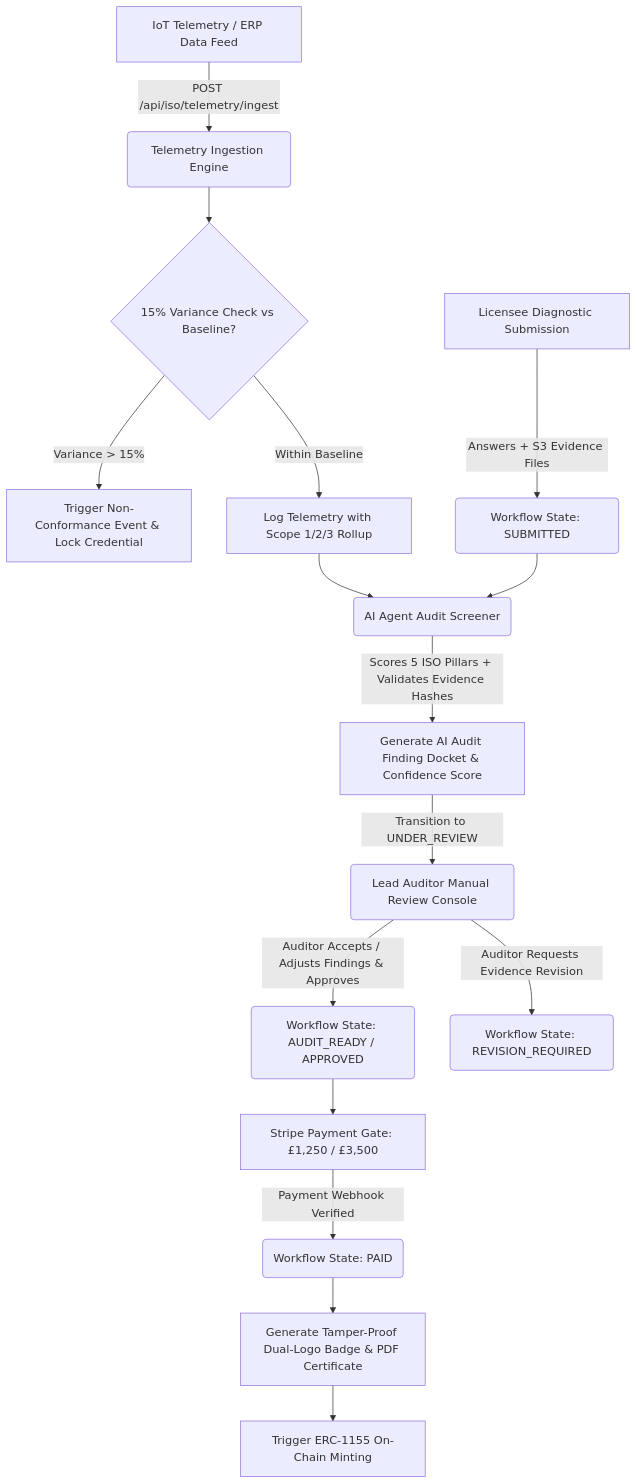
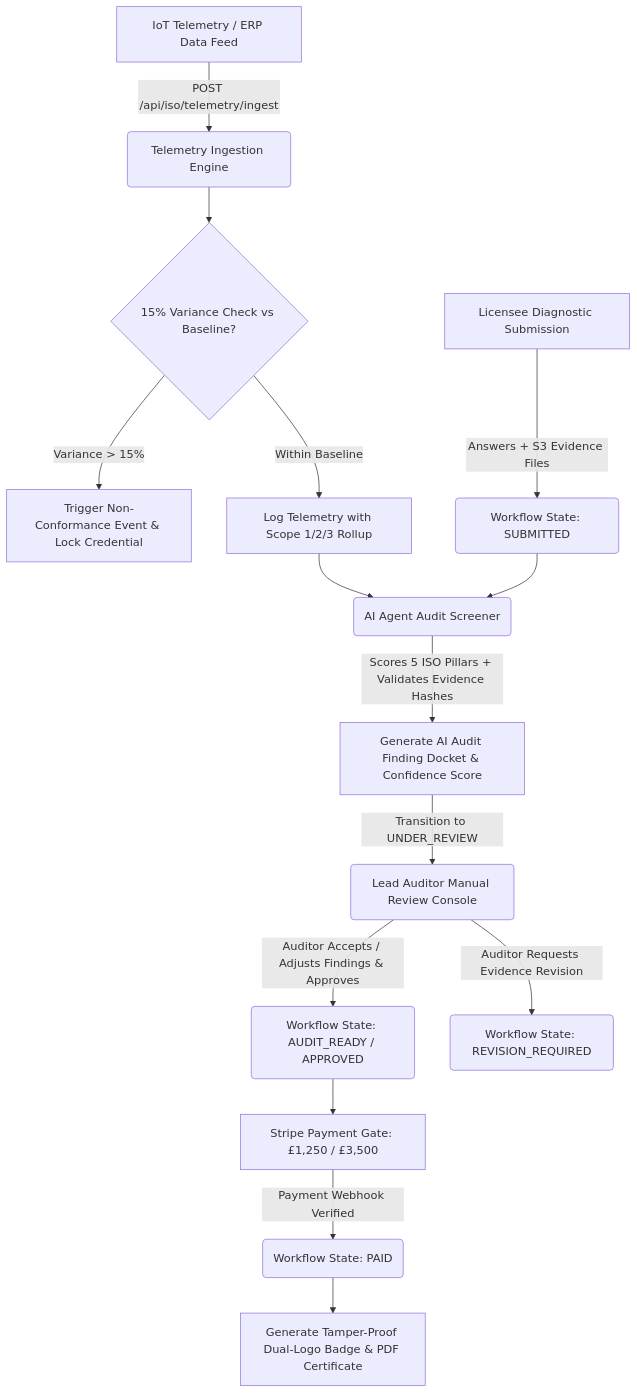
Before and after one commit to stevegee1/ghg_app: the diagram in docs/workflows/01_GHG_AND_ISO_AUDIT_READY.md, drawn with Mermaid. The commit also changed 50 other files, not shown here.

First line of the commit message:
feat!: remove on-chain minting and all blockchain features

````diff
--- a/docs/workflows/01_GHG_AND_ISO_AUDIT_READY.md
+++ b/docs/workflows/01_GHG_AND_ISO_AUDIT_READY.md
@@ -28,22 +28,21 @@
 ```mermaid
 flowchart TD
     A[IoT Telemetry / ERP Data Feed] -->|POST /api/iso/telemetry/ingest| B(Telemetry Ingestion Engine)
     B --> C{15% Variance Check vs Baseline?}
     C -->|Variance > 15%| D[Trigger Non-Conformance Event & Lock Credential]
     C -->|Within Baseline| E[Log Telemetry with Scope 1/2/3 Rollup]
     
     F[Licensee Diagnostic Submission] -->|Answers + S3 Evidence Files| G(Workflow State: SUBMITTED)
     E --> H(AI Agent Audit Screener)
     G --> H
     
     H -->|Scores 5 ISO Pillars + Validates Evidence Hashes| I[Generate AI Audit Finding Docket & Confidence Score]
     I -->|Transition to UNDER_REVIEW| J(Lead Auditor Manual Review Console)
     
     J -->|Auditor Accepts / Adjusts Findings & Approves| K(Workflow State: AUDIT_READY / APPROVED)
     J -->|Auditor Requests Evidence Revision| L(Workflow State: REVISION_REQUIRED)
     
     K --> M[Stripe Payment Gate: £1,250 / £3,500]
     M -->|Payment Webhook Verified| N(Workflow State: PAID)
     N --> O[Generate Tamper-Proof Dual-Logo Badge & PDF Certificate]
-    O --> P[Trigger ERC-1155 On-Chain Minting]
 ```
````
